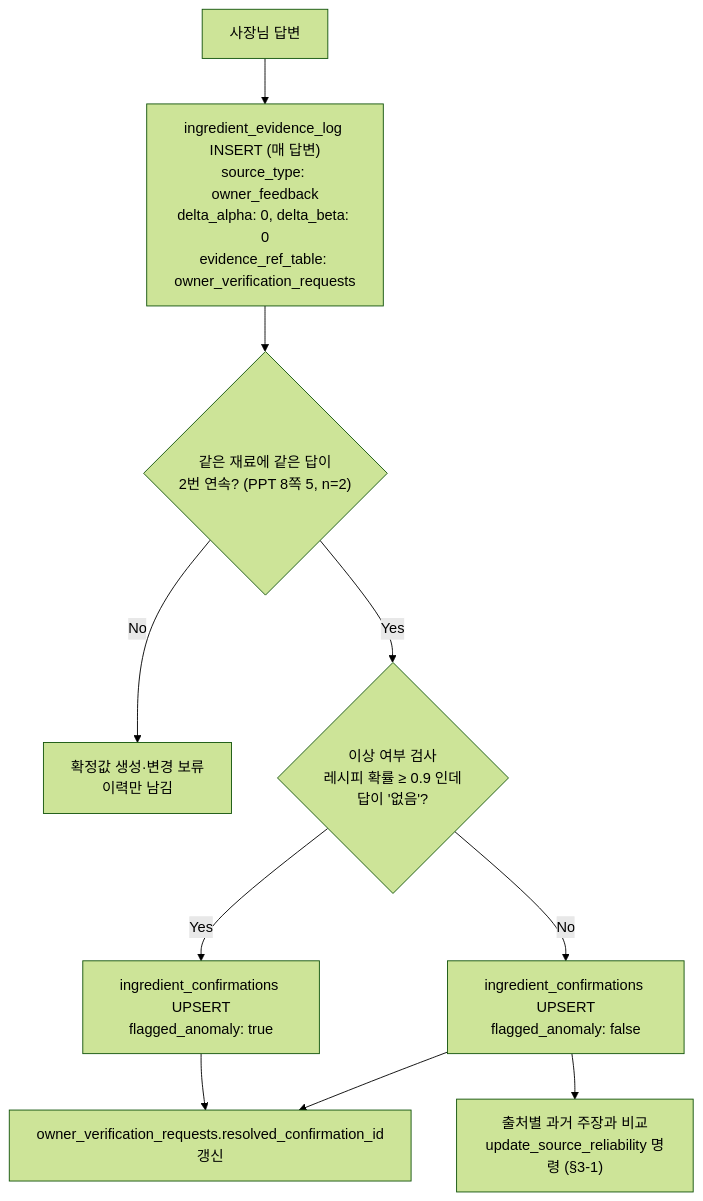
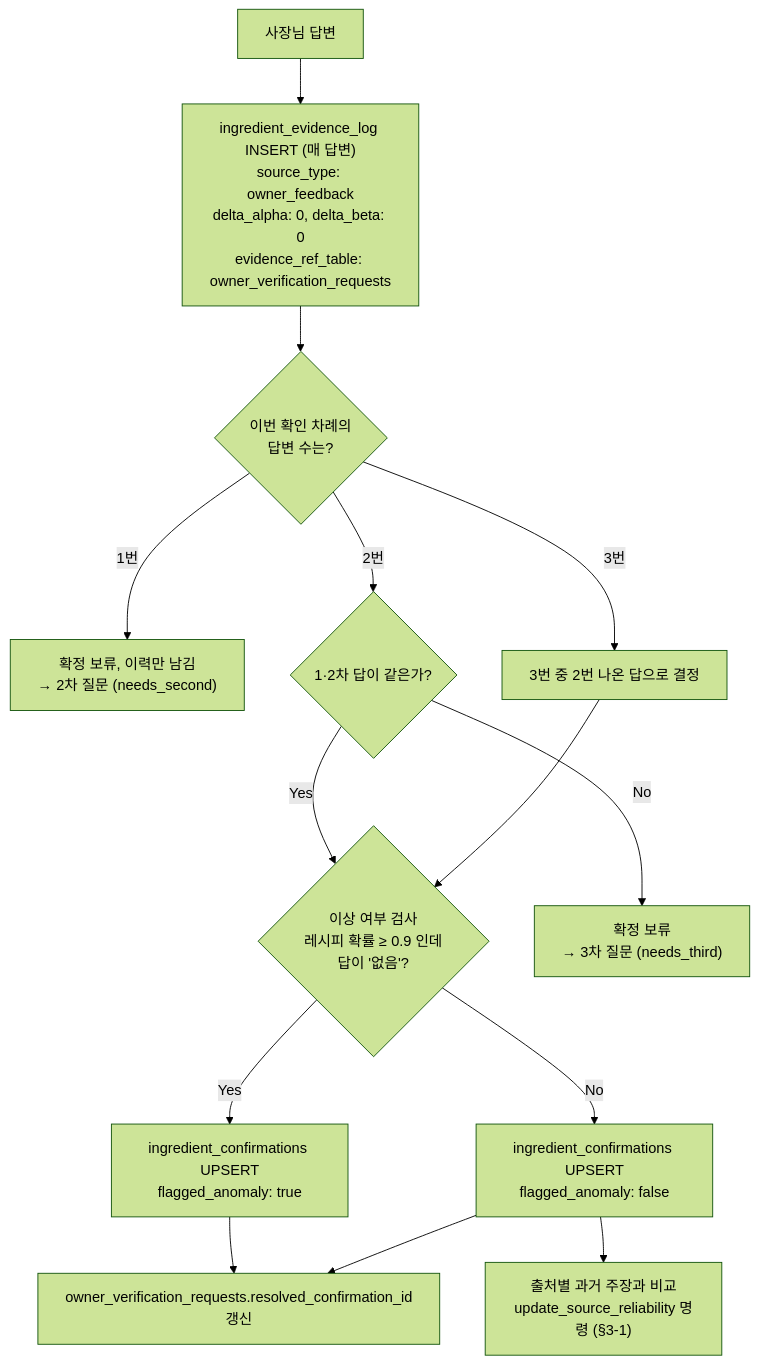
The fourth of 4 diagrams in docs/7-tool-dbupdate.md (Han-Spoon/ai), drawn with Mermaid (forest theme) before and after one commit. The commit also changed other lines of this file and 2 other files, not shown here.

````diff
--- a/docs/7-tool-dbupdate.md
+++ b/docs/7-tool-dbupdate.md
@@ -206,12 +213,16 @@
 ```mermaid
 flowchart TD
     IN["사장님 답변"] --> LOG["ingredient_evidence_log INSERT (매 답변)<br/>source_type: owner_feedback<br/>delta_alpha: 0, delta_beta: 0<br/>evidence_ref_table: owner_verification_requests"]
-    LOG --> CNT{"같은 재료에 같은 답이<br/>2번 연속? (PPT 8쪽 5, n=2)"}
-    CNT -->|No| WAIT["확정값 생성·변경 보류<br/>이력만 남김"]
-    CNT -->|Yes| CHECK{"이상 여부 검사<br/>레시피 확률 ≥ 0.9 인데<br/>답이 '없음'?"}
+    LOG --> CNT{"이번 확인 차례의<br/>답변 수는?"}
+    CNT -->|1번| WAIT["확정 보류, 이력만 남김<br/>→ 2차 질문 (needs_second)"]
+    CNT -->|2번| SAME{"1·2차 답이 같은가?"}
+    SAME -->|Yes| CHECK
+    SAME -->|No| WAIT3["확정 보류<br/>→ 3차 질문 (needs_third)"]
+    CNT -->|3번| MAJ["3번 중 2번 나온 답으로 결정"]
+    MAJ --> CHECK{"이상 여부 검사<br/>레시피 확률 ≥ 0.9 인데<br/>답이 '없음'?"}
     CHECK -->|Yes| FLAG["ingredient_confirmations UPSERT<br/>flagged_anomaly: true"]
     CHECK -->|No| NORMAL["ingredient_confirmations UPSERT<br/>flagged_anomaly: false"]
     FLAG --> LINK["owner_verification_requests.resolved_confirmation_id<br/>갱신"]
     NORMAL --> LINK
     NORMAL --> REL["출처별 과거 주장과 비교<br/>update_source_reliability 명령 (§3-1)"]
 ```
````
